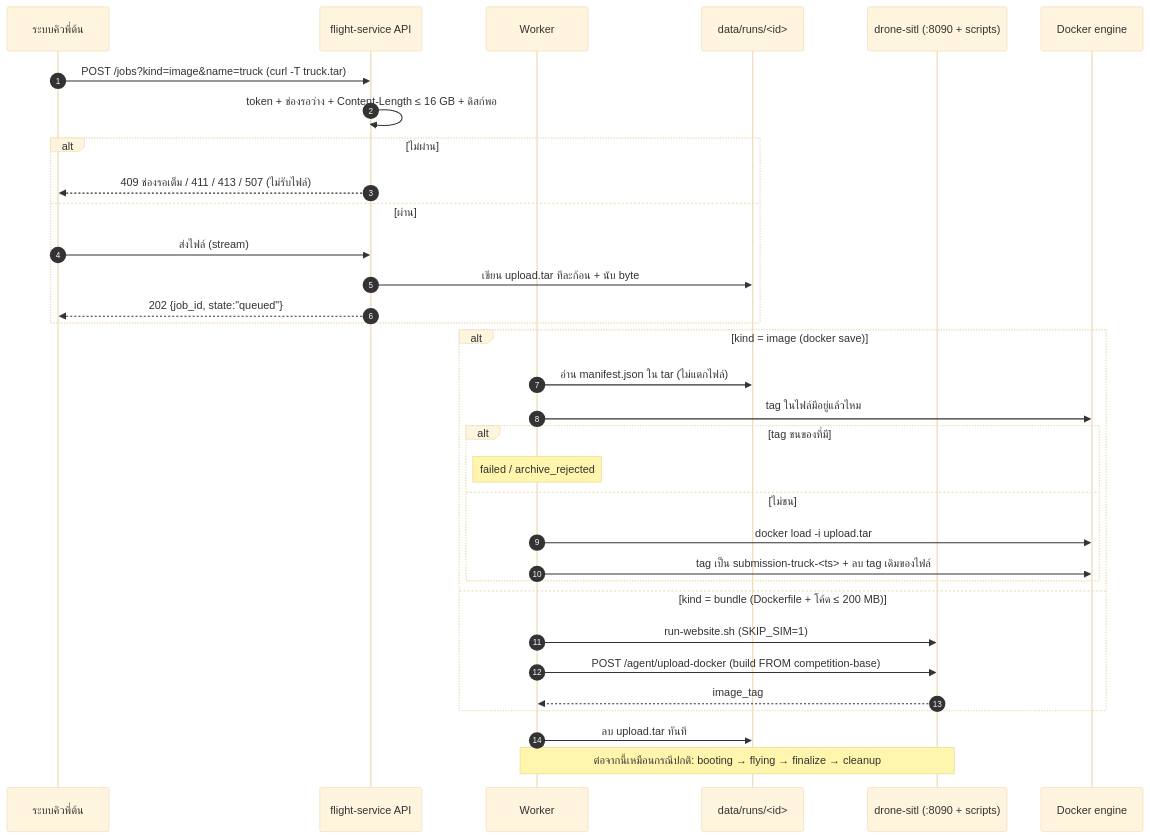
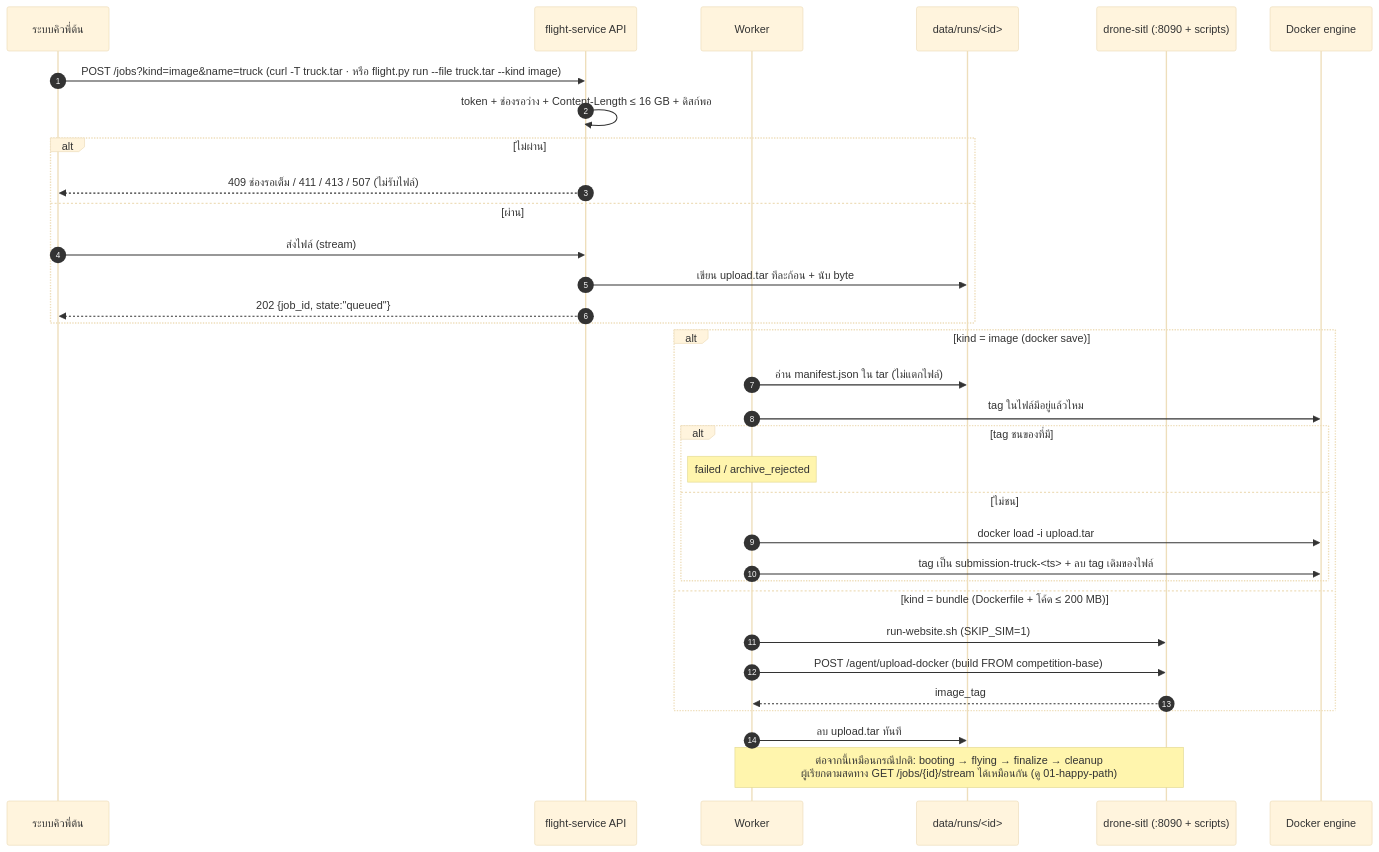
The diagram in docs/diagrams/05-upload.mmd (PerkiePai/flight-service), drawn with Mermaid (base theme) before and after one commit. The commit also changed 52 other files, not shown here.

```diff
--- a/docs/diagrams/05-upload.mmd
+++ b/docs/diagrams/05-upload.mmd
@@ -1,34 +1,34 @@
 sequenceDiagram
     autonumber
     participant PT as ระบบคิวพี่ต้น
     participant API as flight-service API
     participant W as Worker
     participant FS as data/runs/<id>
     participant DS as drone-sitl (:8090 + scripts)
     participant DK as Docker engine
 
-    PT->>API: POST /jobs?kind=image&name=truck (curl -T truck.tar)
+    PT->>API: POST /jobs?kind=image&name=truck (curl -T truck.tar · หรือ flight.py run --file truck.tar --kind image)
     API->>API: token + ช่องรอว่าง + Content-Length ≤ 16 GB + ดิสก์พอ
     alt ไม่ผ่าน
         API-->>PT: 409 ช่องรอเต็ม / 411 / 413 / 507 (ไม่รับไฟล์)
     else ผ่าน
         PT->>API: ส่งไฟล์ (stream)
         API->>FS: เขียน upload.tar ทีละก้อน + นับ byte
         API-->>PT: 202 {job_id, state:"queued"}
     end
     alt kind = image (docker save)
         W->>FS: อ่าน manifest.json ใน tar (ไม่แตกไฟล์)
         W->>DK: tag ในไฟล์มีอยู่แล้วไหม
         alt tag ชนของที่มี
             Note over W: failed / archive_rejected
         else ไม่ชน
             W->>DK: docker load -i upload.tar
             W->>DK: tag เป็น submission-truck-<ts> + ลบ tag เดิมของไฟล์
         end
     else kind = bundle (Dockerfile + โค้ด ≤ 200 MB)
         W->>DS: run-website.sh (SKIP_SIM=1)
         W->>DS: POST /agent/upload-docker (build FROM competition-base)
         DS-->>W: image_tag
     end
     W->>FS: ลบ upload.tar ทันที
-    Note over W,DS: ต่อจากนี้เหมือนกรณีปกติ: booting → flying → finalize → cleanup
+    Note over W,DS: ต่อจากนี้เหมือนกรณีปกติ: booting → flying → finalize → cleanup<br/>ผู้เรียกตามสดทาง GET /jobs/{id}/stream ได้เหมือนกัน (ดู 01-happy-path)
```
